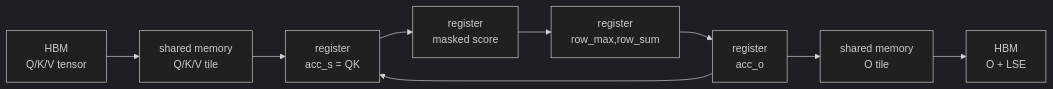
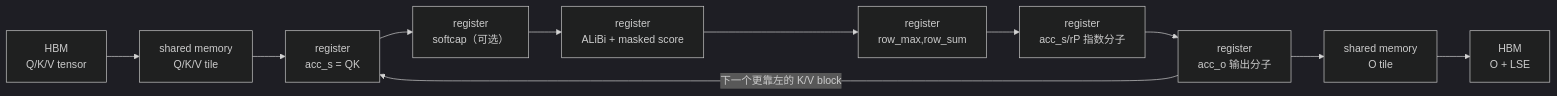
Before and after one commit to OnlyHero5/sglang-reading-vault: the diagram in flash-attn_reading/CUDA内核/FA2-Forward/FlashAttention-FA2-Forward-数据流.md, drawn with Mermaid (dark theme). The commit also changed other lines of this file and 512 other files, not shown here.

````diff
--- a/flash-attn_reading/CUDA内核/FA2-Forward/FlashAttention-FA2-Forward-数据流.md
+++ b/flash-attn_reading/CUDA内核/FA2-Forward/FlashAttention-FA2-Forward-数据流.md
@@ -24,13 +24,15 @@
 ```mermaid
 flowchart LR
     HBM["HBM<br/>Q/K/V tensor"]
     SMEM["shared memory<br/>Q/K/V tile"]
     SCORE["register<br/>acc_s = QK"]
-    MASK["register<br/>masked score"]
+    SOFTCAP["register<br/>softcap（可选）"]
+    MASK["register<br/>ALiBi + masked score"]
     SOFTMAX["register<br/>row_max,row_sum"]
-    ACCO["register<br/>acc_o"]
+    EXPNUM["register<br/>acc_s/rP 指数分子"]
+    ACCO["register<br/>acc_o 输出分子"]
     OUTSMEM["shared memory<br/>O tile"]
     OUTHBM["HBM<br/>O + LSE"]
-    HBM --> SMEM --> SCORE --> MASK --> SOFTMAX --> ACCO --> OUTSMEM --> OUTHBM
-    ACCO --> SCORE
+    HBM --> SMEM --> SCORE --> SOFTCAP --> MASK --> SOFTMAX --> EXPNUM --> ACCO --> OUTSMEM --> OUTHBM
+    ACCO -->|下一个更靠左的 K/V block| SCORE
 ```
````
